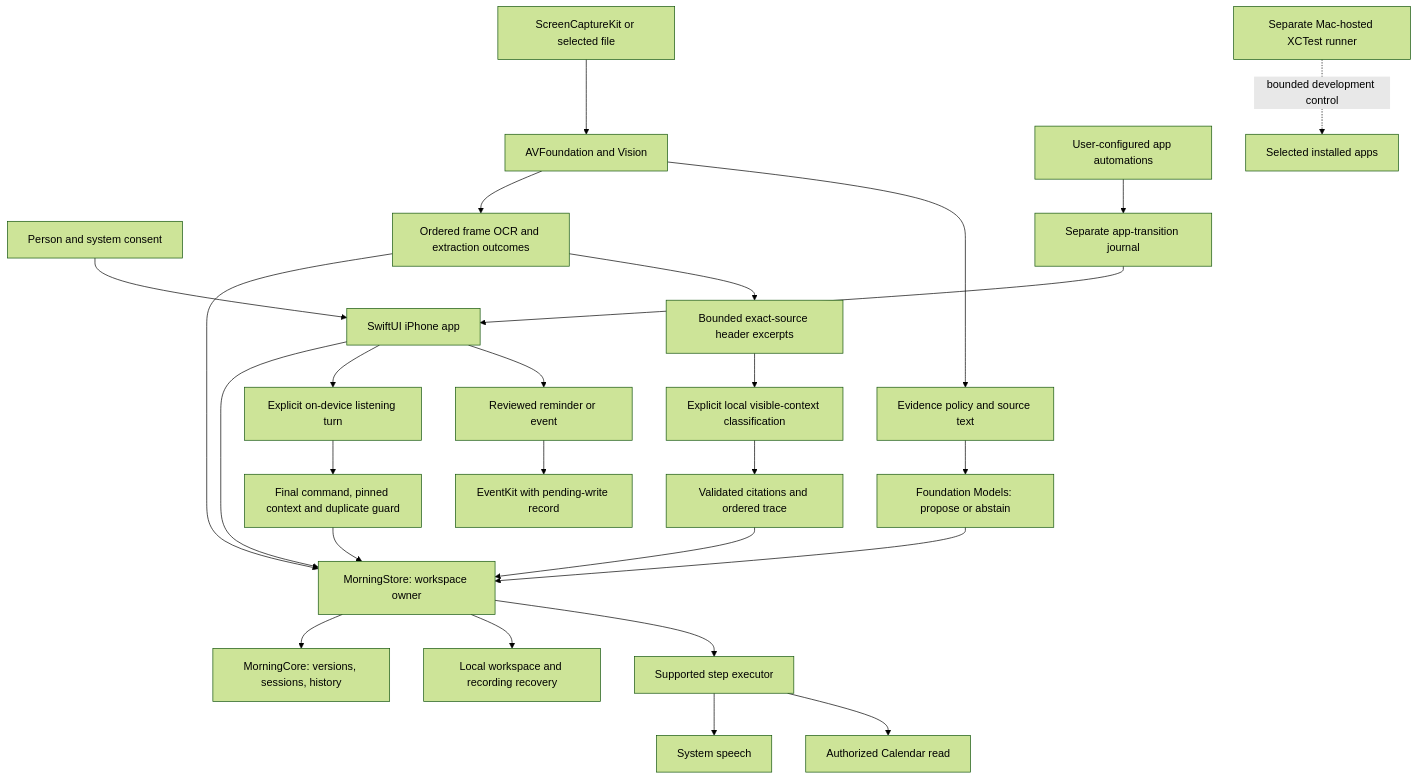
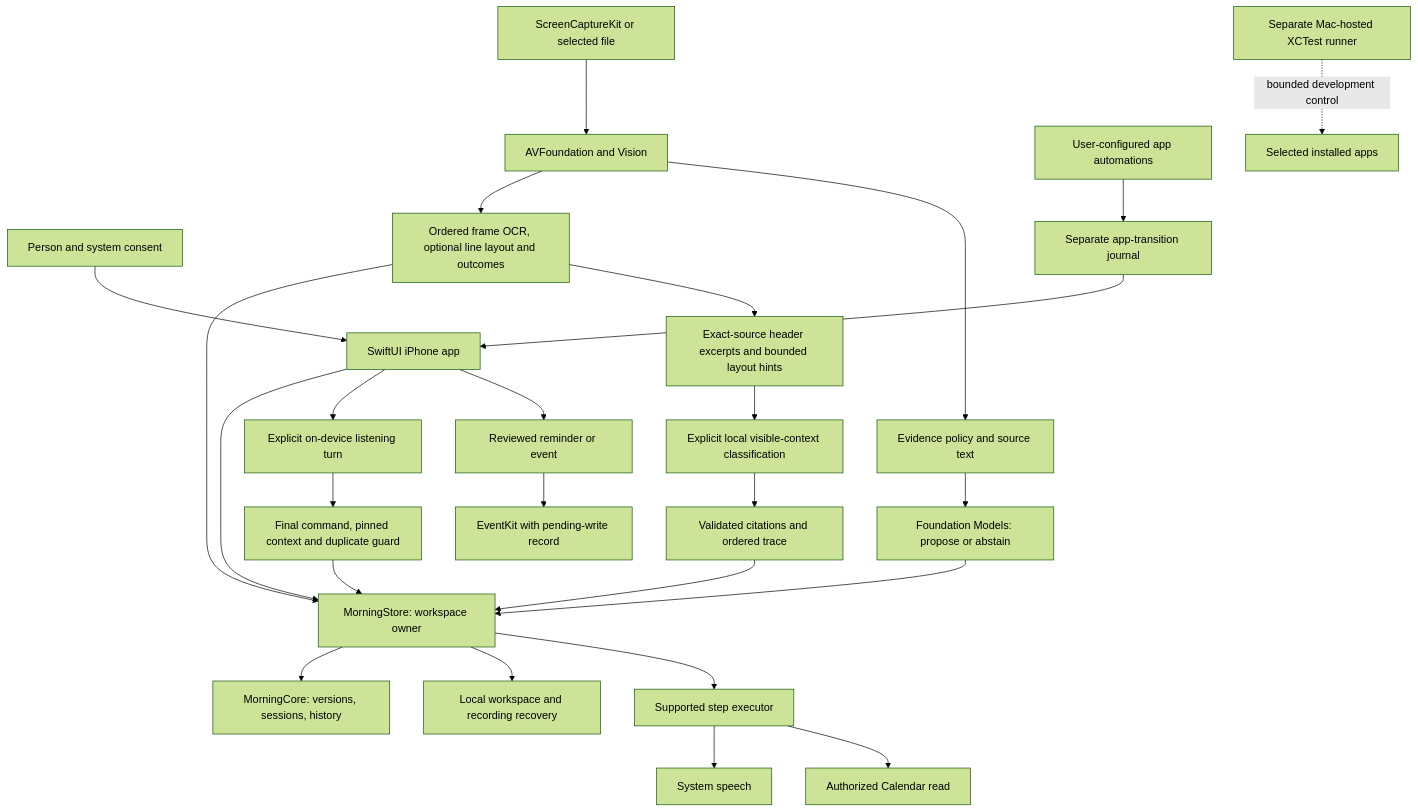
One commit to gderamchi/morning-operator changed the first of 4 diagrams in docs/ARCHITECTURE.md. Above: the diagram before and after it, drawn with Mermaid (forest theme). The commit also changed other lines of this file and 6 other files, not shown here.

````diff
--- a/docs/ARCHITECTURE.md
+++ b/docs/ARCHITECTURE.md
@@ -11,28 +11,28 @@
 ```mermaid
 flowchart TB
     Person["Person and system consent"] --> UI["SwiftUI iPhone app"]
     UI --> Store["MorningStore: workspace owner"]
     Capture["ScreenCaptureKit or selected file"] --> Media["AVFoundation and Vision"]
-    Media --> Frames["Ordered frame OCR and extraction outcomes"]
+    Media --> Frames["Ordered frame OCR, optional line layout and outcomes"]
     Frames --> Store
-    Frames --> Excerpts["Bounded exact-source header excerpts"]
+    Frames --> Excerpts["Exact-source header excerpts and bounded layout hints"]
     Excerpts --> Context["Explicit local visible-context classification"]
     Context --> Trace["Validated citations and ordered trace"]
     Trace --> Store
     Media --> Evidence["Evidence policy and source text"]
     Evidence --> Model["Foundation Models: propose or abstain"]
     Model --> Store
     Store --> Core["MorningCore: versions, sessions, history"]
     Store --> Disk["Local workspace and recording recovery"]
     Store --> Runner["Supported step executor"]
     Runner --> Speech["System speech"]
     UI --> Listener["Explicit on-device listening turn"]
     Listener --> Command["Final command, pinned context and duplicate guard"]
     Command --> Store
     Runner --> Calendar["Authorized Calendar read"]
     UI --> ReviewedSave["Reviewed reminder or event"]
     ReviewedSave --> EventKit["EventKit with pending-write record"]
     Shortcuts["User-configured app automations"] --> Journal["Separate app-transition journal"]
     Journal --> UI
     Harness["Separate Mac-hosted XCTest runner"] -. "bounded development control" .-> OtherApps["Selected installed apps"]
 ```
````
